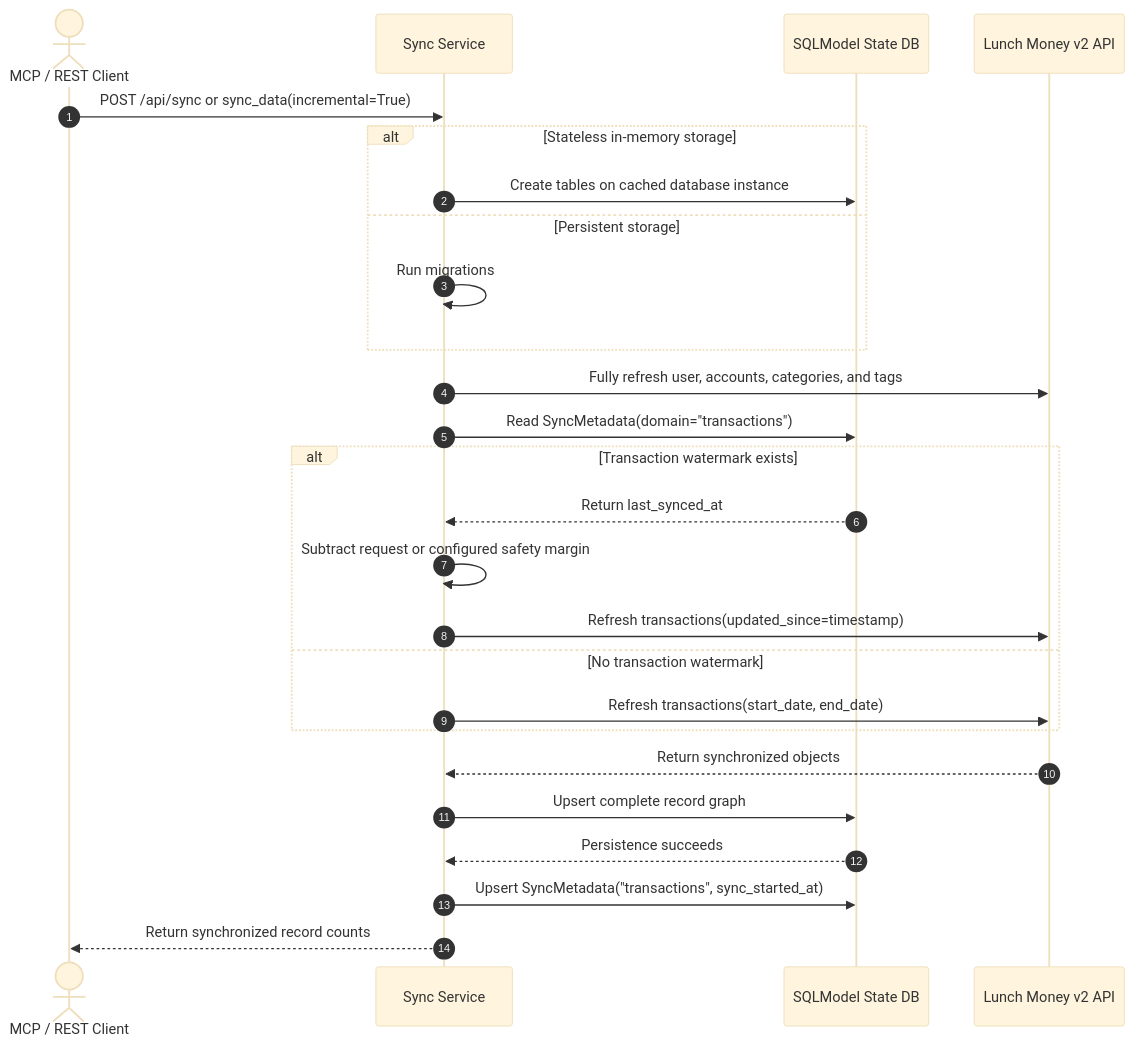
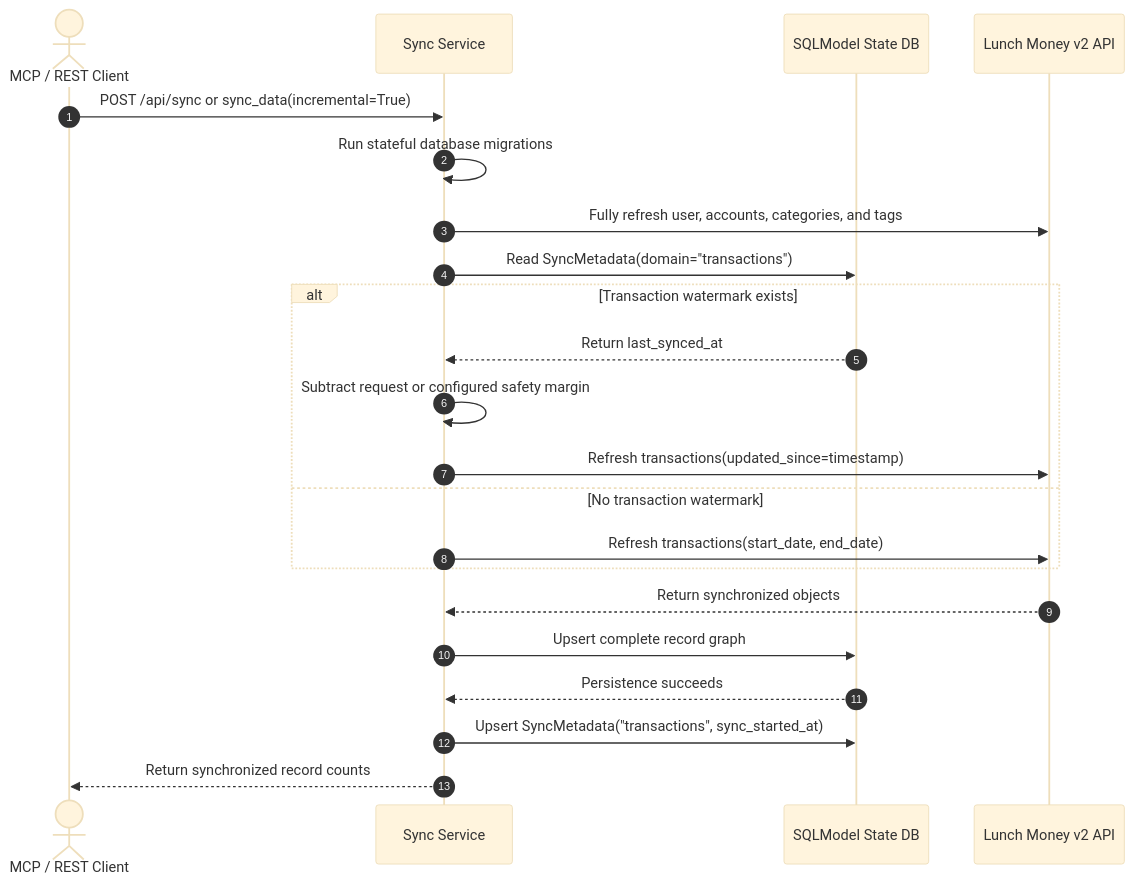
One commit to juftin/lunchmoney-app changed the diagram in docs/maintainers/INCREMENTAL_ETL.md. Above: the diagram before and after it, drawn with Mermaid (base theme). The commit also changed other lines of this file and 89 other files, not shown here.

````diff
--- a/docs/maintainers/INCREMENTAL_ETL.md
+++ b/docs/maintainers/INCREMENTAL_ETL.md
@@ -53,30 +49,26 @@
 ```mermaid
 sequenceDiagram
     autonumber
     actor Client as MCP / REST Client
     participant Service as Sync Service
     participant DB as SQLModel State DB
     participant API as Lunch Money v2 API
 
     Client->>Service: POST /api/sync or sync_data(incremental=True)
-    alt Stateless in-memory storage
-        Service->>DB: Create tables on cached database instance
-    else Persistent storage
-        Service->>Service: Run migrations
-    end
+    Service->>Service: Run stateful database migrations
     Service->>API: Fully refresh user, accounts, categories, and tags
     Service->>DB: Read SyncMetadata(domain="transactions")
     alt Transaction watermark exists
         DB-->>Service: Return last_synced_at
         Service->>Service: Subtract request or configured safety margin
         Service->>API: Refresh transactions(updated_since=timestamp)
     else No transaction watermark
         Service->>API: Refresh transactions(start_date, end_date)
     end
 
     API-->>Service: Return synchronized objects
     Service->>DB: Upsert complete record graph
     DB-->>Service: Persistence succeeds
     Service->>DB: Upsert SyncMetadata("transactions", sync_started_at)
     Service-->>Client: Return synchronized record counts
 ```
````
